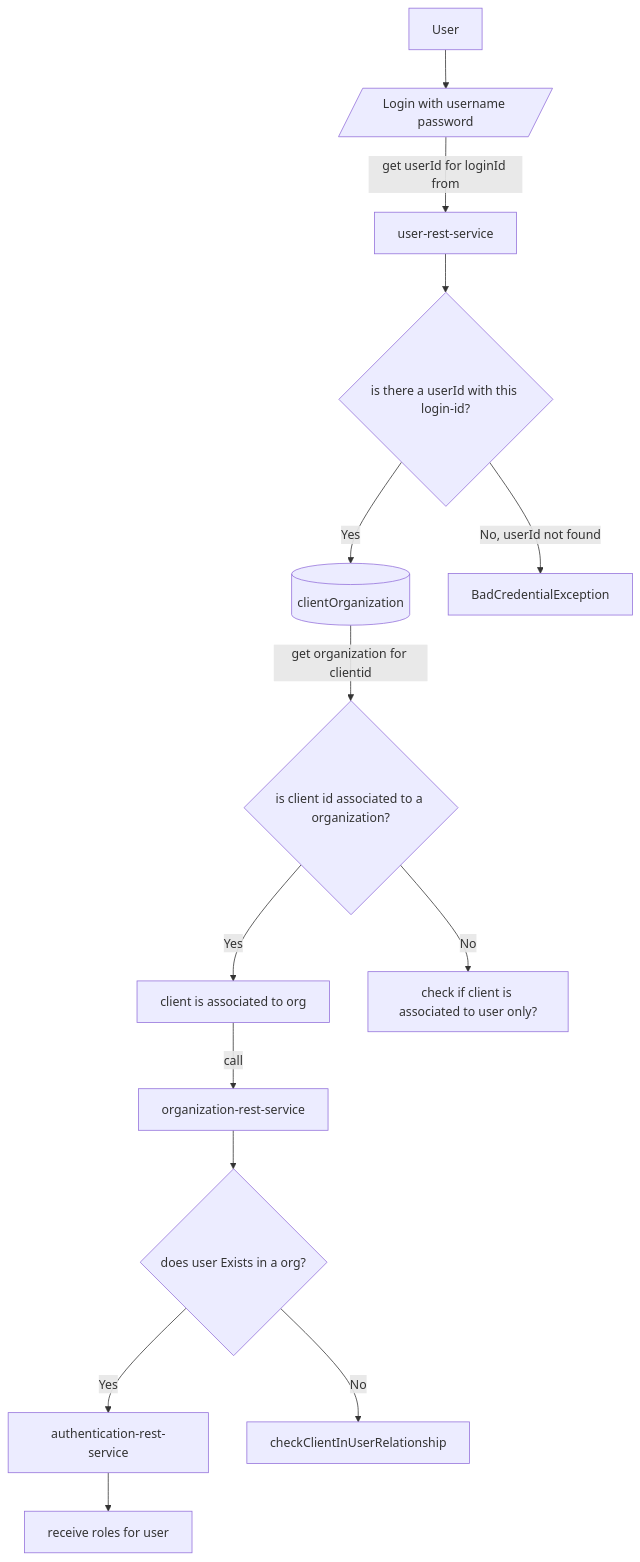
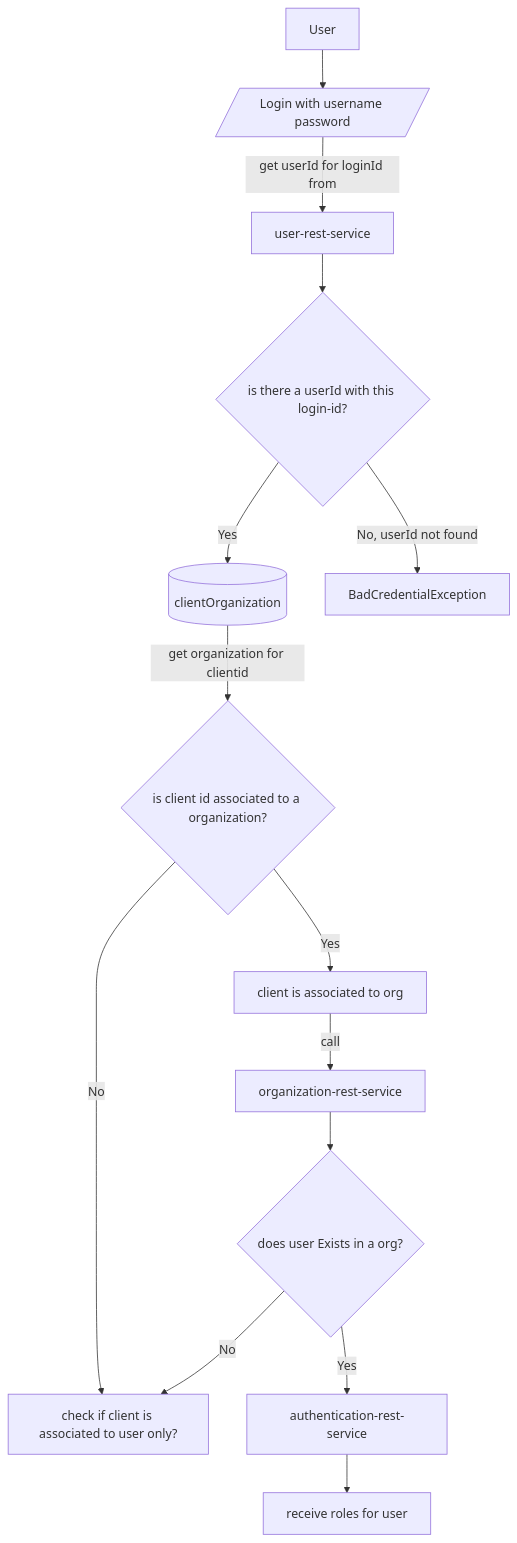
The diagram in README.md (sonamsamdupkhangsar/spring-authorization-serve), drawn with Mermaid before and after one commit.

````diff
--- a/README.md
+++ b/README.md
@@ -35,21 +35,21 @@
 ```mermaid
 flowchart TD
  User -->login[/Login with username password/]
  login --get userId for loginId from--> userRestService["user-rest-service"]
  userRestService --> getUserId{is there a userId with this login-id?}
  getUserId-->|Yes|clientOrganizationRepo[(clientOrganization)]
  clientOrganizationRepo --get organization for clientid-->checkClientInOrg{is client id associated to a organization?}
  getUserId -->|No, userId not found|returnError[BadCredentialException]
  
  
  checkClientInOrg -->|Yes|clientIsInOrg[client is associated to org]
- checkClientInOrg -->|No|checkClientUserRelationship["check if client is associated to user only?"]
+ checkClientInOrg -->|No|checkClientInUserRelationship["check if client is associated to user only?"]
  clientIsInOrg --call--> orgRestService["organization-rest-service"]
  orgRestService --> checkUserExistsInOrg{does user Exists in a org?} 
  checkUserExistsInOrg -->|Yes|authenticate["authentication-rest-service"]
  
  checkUserExistsInOrg -->|No| checkClientInUserRelationship 
  
  authenticate --> receiveRoles[receive roles for user]
  
 ```
````
